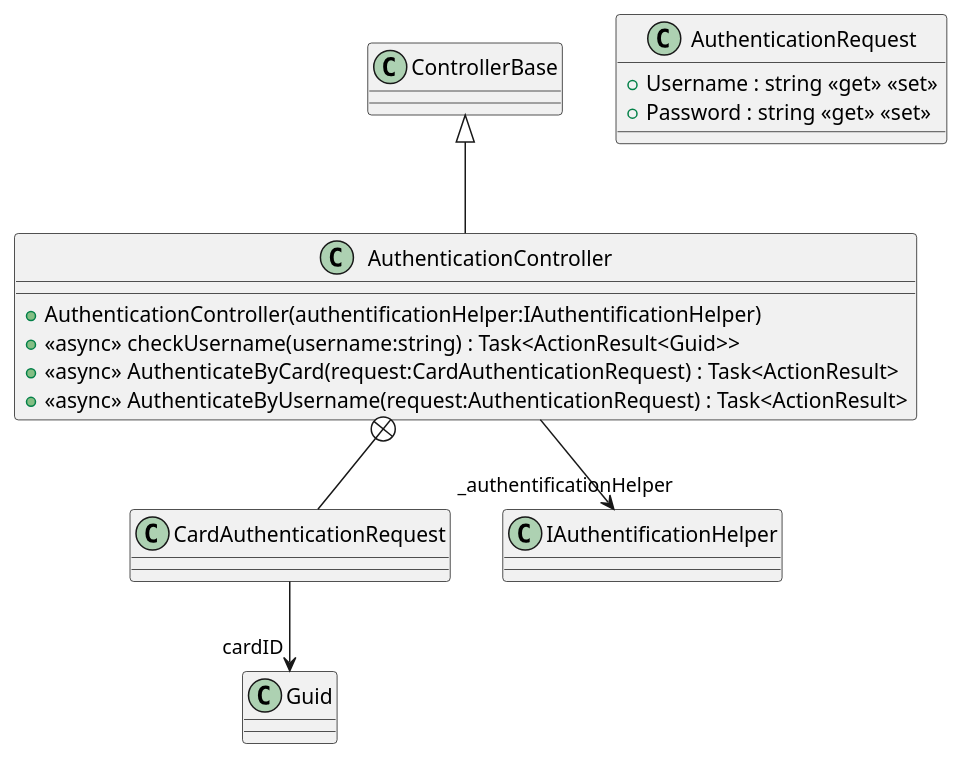
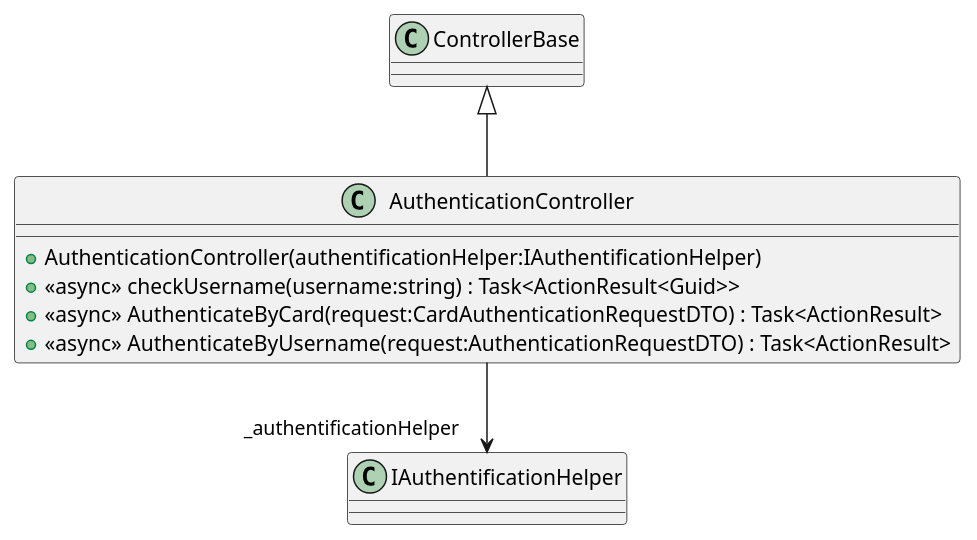
The diagram in WebAPI_GeneratedPuml/Controllers/AuthenticationController.puml (IG-TD-TC-Team/ArchitectureG3), drawn with PlantUML before and after one commit. The commit also changed 69 other files, not shown here.

```diff
--- a/WebAPI_GeneratedPuml/Controllers/AuthenticationController.puml
+++ b/WebAPI_GeneratedPuml/Controllers/AuthenticationController.puml
@@ -1,18 +1,10 @@
 @startuml
 class AuthenticationController {
     + AuthenticationController(authentificationHelper:IAuthentificationHelper)
     + <<async>> checkUsername(username:string) : Task<ActionResult<Guid>>
-    + <<async>> AuthenticateByCard(request:CardAuthenticationRequest) : Task<ActionResult>
-    + <<async>> AuthenticateByUsername(request:AuthenticationRequest) : Task<ActionResult>
-}
-class AuthenticationRequest {
-    + Username : string <<get>> <<set>>
-    + Password : string <<get>> <<set>>
-}
-class CardAuthenticationRequest {
+    + <<async>> AuthenticateByCard(request:CardAuthenticationRequestDTO) : Task<ActionResult>
+    + <<async>> AuthenticateByUsername(request:AuthenticationRequestDTO) : Task<ActionResult>
 }
 ControllerBase <|-- AuthenticationController
 AuthenticationController --> "_authentificationHelper" IAuthentificationHelper
-AuthenticationController +-- CardAuthenticationRequest
-CardAuthenticationRequest --> "cardID" Guid
 @enduml
```
